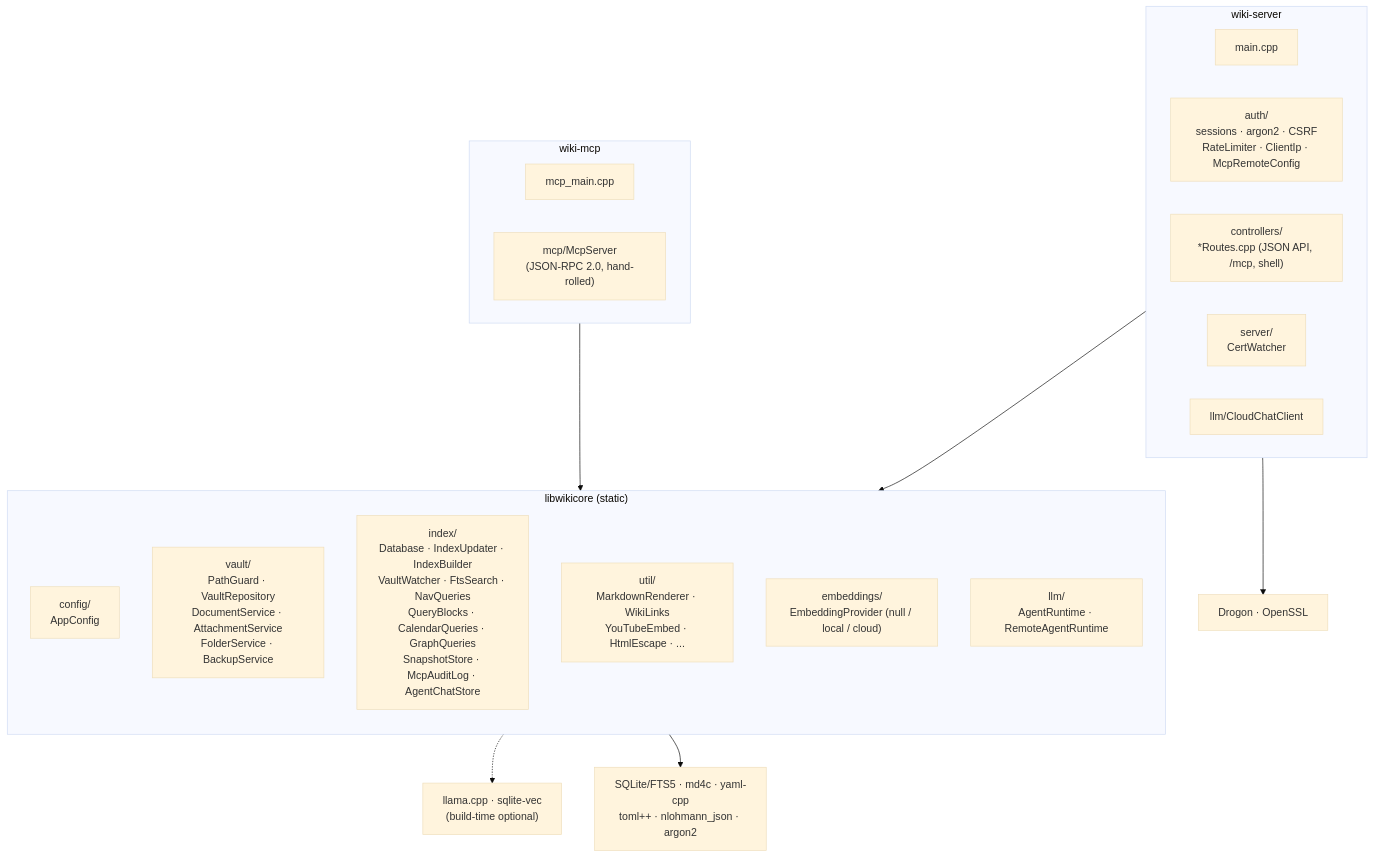
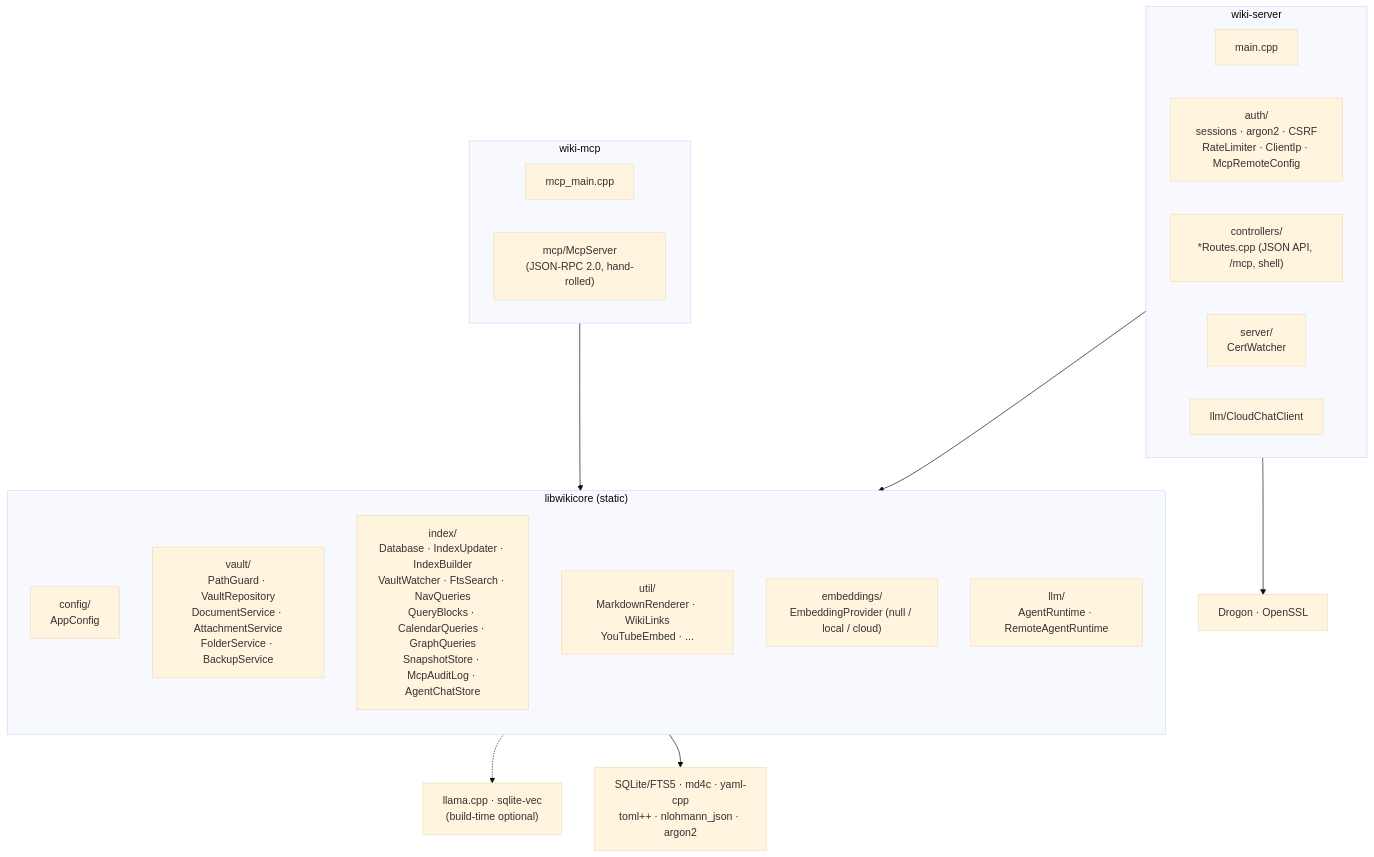
Before and after one commit to ashevchuk/personal-wiki: the second of 10 diagrams in docs/architecture.md, drawn with Mermaid (base theme). The commit also changed 8 other files, not shown here.

First line of the commit message:
Remove unused util::escapeHtml and correct libwikicore's OpenSSL claim

````diff
--- a/docs/architecture.md
+++ b/docs/architecture.md
@@ -63,31 +63,31 @@
 ```mermaid
 flowchart TB
     subgraph core["libwikicore (static)"]
         direction TB
         config["config/<br/>AppConfig"]
         vaultmod["vault/<br/>PathGuard · VaultRepository<br/>DocumentService · AttachmentService<br/>FolderService · BackupService"]
         indexmod["index/<br/>Database · IndexUpdater · IndexBuilder<br/>VaultWatcher · FtsSearch · NavQueries<br/>QueryBlocks · CalendarQueries · GraphQueries<br/>SnapshotStore · McpAuditLog · AgentChatStore"]
-        util["util/<br/>MarkdownRenderer · WikiLinks<br/>YouTubeEmbed · HtmlEscape · ..."]
+        util["util/<br/>MarkdownRenderer · WikiLinks<br/>YouTubeEmbed · ..."]
         embmod["embeddings/<br/>EmbeddingProvider (null / local / cloud)"]
         llmcore["llm/<br/>AgentRuntime · RemoteAgentRuntime"]
     end
 
     subgraph srv["wiki-server"]
         main["main.cpp"]
         auth["auth/<br/>sessions · argon2 · CSRF<br/>RateLimiter · ClientIp · McpRemoteConfig"]
         ctrl["controllers/<br/>*Routes.cpp (JSON API, /mcp, shell)"]
         cert["server/<br/>CertWatcher"]
         chat["llm/CloudChatClient"]
     end
 
     subgraph mcpbin["wiki-mcp"]
         mcpmain["mcp_main.cpp"]
         mcpsrv["mcp/McpServer<br/>(JSON-RPC 2.0, hand-rolled)"]
     end
 
     srv --> core
     mcpbin --> core
     srv --> drogon["Drogon · OpenSSL"]
     core --> deps["SQLite/FTS5 · md4c · yaml-cpp<br/>toml++ · nlohmann_json · argon2"]
     embmod -.-> optdeps["llama.cpp · sqlite-vec<br/>(build-time optional)"]
 ```
````
